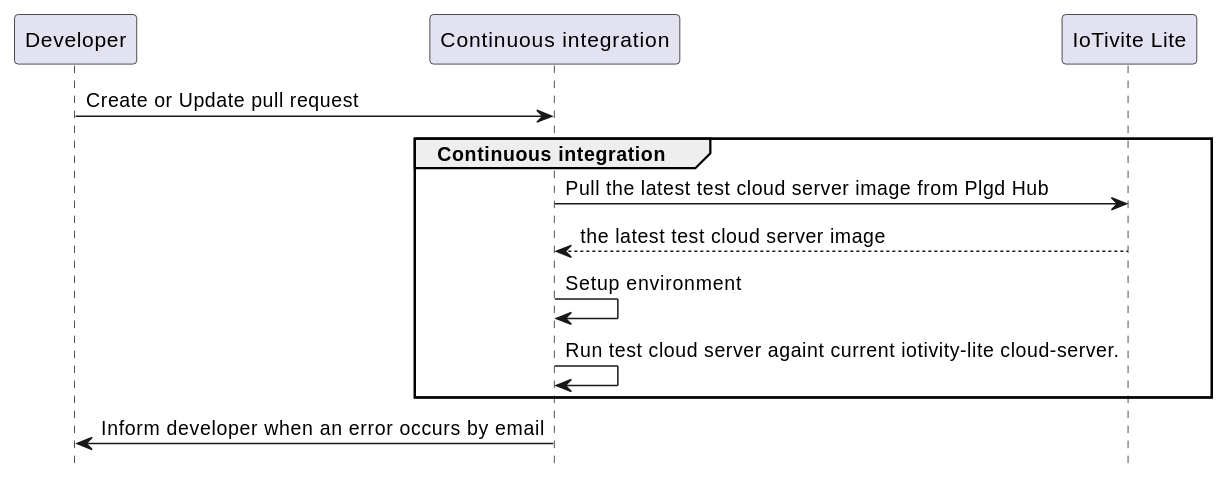
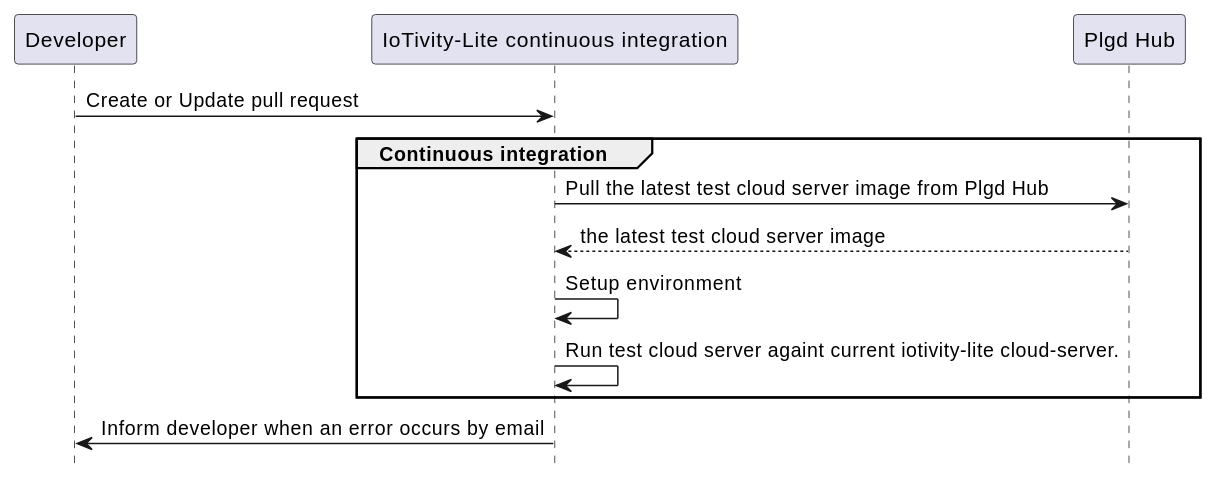
The second of 2 diagrams in content/en/developer-guide/testing.md (plgd-dev/doc), drawn with PlantUML before and after one commit. The commit also changed other lines of this file, not shown here.

Commit message:
fixup! add testing section

```diff
--- a/content/en/developer-guide/testing.md
+++ b/content/en/developer-guide/testing.md
@@ -46,19 +44,19 @@
-{{< plantuml id="device-onboarding" >}}
+{{< plantuml id="testing-iotivity-lite" >}}
 @startuml
 skinparam backgroundColor transparent
 hide footbox
 
 participant D as "Developer"
-participant CI as "Continuous integration"
-participant IL as "IoTivite Lite"
+participant CI as "IoTivity-Lite continuous integration"
+participant PH as "Plgd Hub"
 
 D -> CI: Create or Update pull request
 group Continuous integration
-    CI -> IL: Pull the latest test cloud server image from Plgd Hub
+    CI -> PH: Pull the latest test cloud server image from Plgd Hub
     return the latest test cloud server image
     CI -> CI: Setup environment
     CI -> CI: Run test cloud server againt current iotivity-lite cloud-server.
 end
 CI -> D: Inform developer when an error occurs by email
 @enduml
 {{< /plantuml >}}
```
